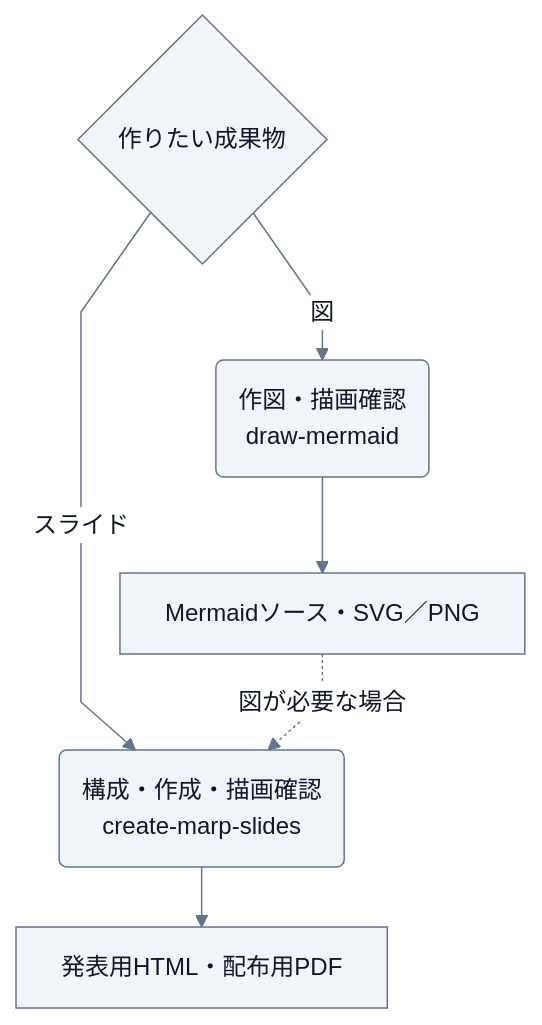
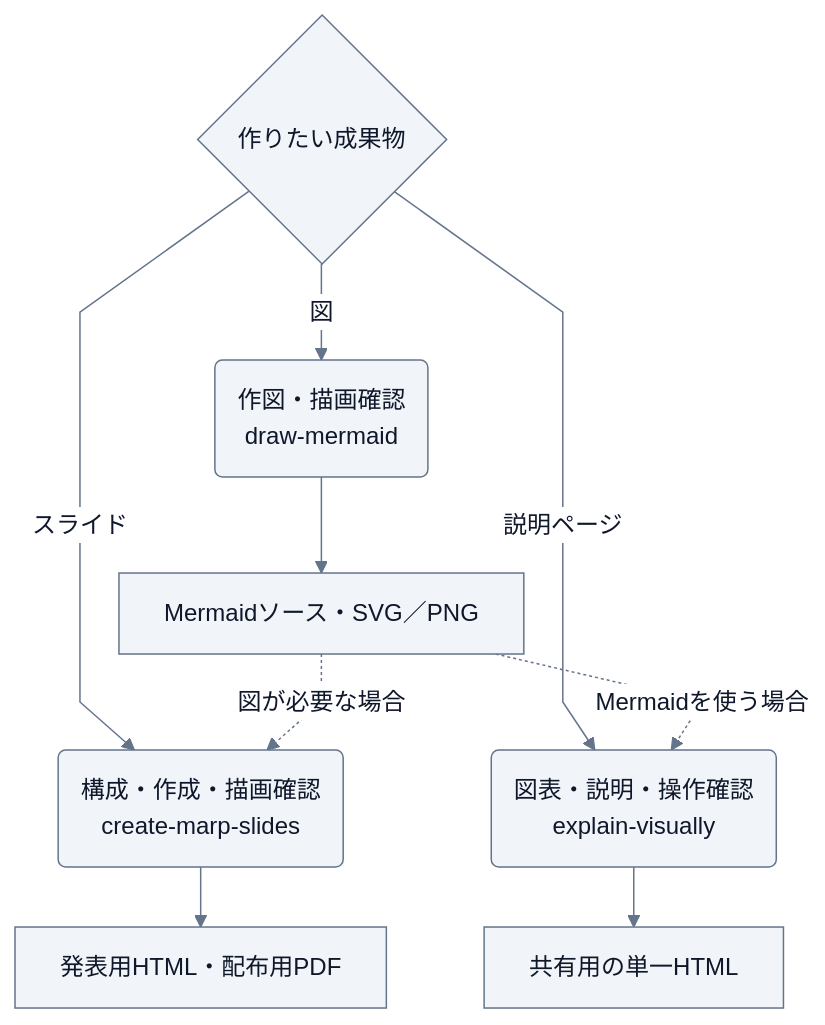
Before and after one commit to Wataru-Toriumi/agent-skills: the diagram in plugins/sketch/README.md, drawn with Mermaid. The commit also changed other lines of this file and 11 other files, not shown here.

````diff
--- a/plugins/sketch/README.md
+++ b/plugins/sketch/README.md
@@ -16,29 +17,32 @@
 ```mermaid
 ---
 config:
   theme: base
   look: classic
   fontFamily: sans-serif
   themeVariables:
     primaryColor: "#F1F5F9"
     primaryTextColor: "#0F172A"
     primaryBorderColor: "#64748B"
     lineColor: "#64748B"
     tertiaryColor: "#F8FAFC"
     clusterBkg: "#F8FAFC"
     clusterBorder: "#CBD5E1"
     edgeLabelBackground: "#FFFFFF"
   flowchart:
     wrappingWidth: 300
     curve: linear
     nodeSpacing: 32
     rankSpacing: 40
 ---
 flowchart TD
     purpose{"作りたい成果物"}
     purpose -->|図| diagram("作図・描画確認<br/>draw-mermaid")
     purpose -->|スライド| slides("構成・作成・描画確認<br/>create-marp-slides")
+    purpose -->|説明ページ| explain("図表・説明・操作確認<br/>explain-visually")
     diagram --> rendered["Mermaidソース・SVG／PNG"]
     rendered -. 図が必要な場合 .-> slides
+    rendered -. Mermaidを使う場合 .-> explain
     slides --> output["発表用HTML・配布用PDF"]
+    explain --> page["共有用の単一HTML"]
 ```
````
